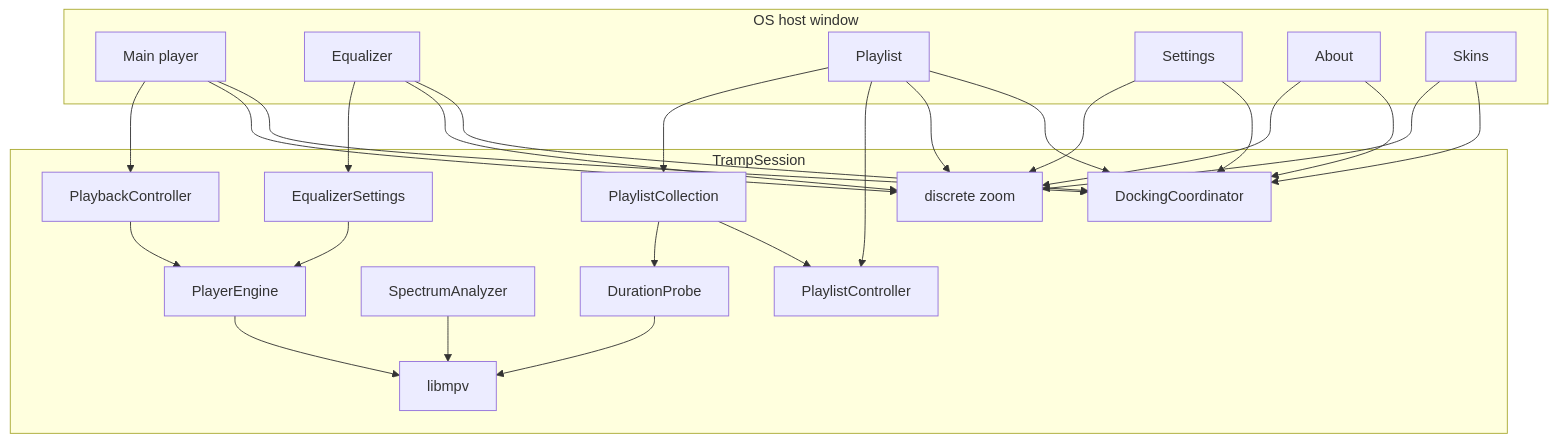
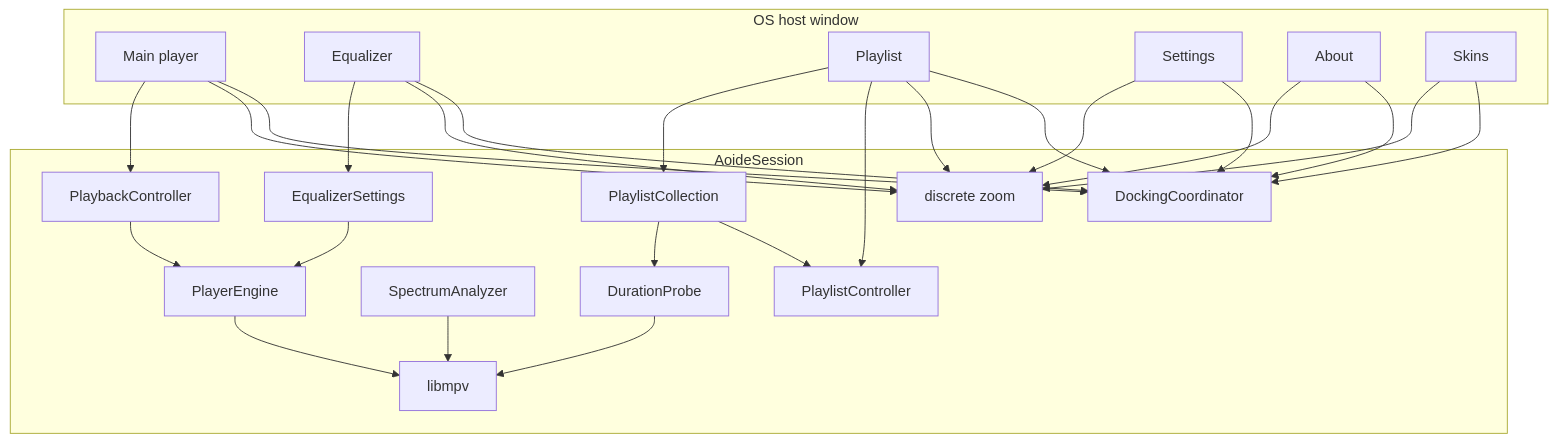
Before and after one commit to eliranbenishai/aoide: the second of 2 diagrams in docs/architecture.md, drawn with Mermaid. The commit also changed other lines of this file and 158 other files, not shown here.

First line of the commit message:
Rename the product from Tramp to Aoide across the tree.

````diff
--- a/docs/architecture.md
+++ b/docs/architecture.md
@@ -54,46 +54,46 @@
 ```mermaid
 flowchart TB
   subgraph host [OS host window]
     Main[Main player]
     Eq[Equalizer]
     Pl[Playlist]
     Set[Settings]
     About[About]
     Skins[Skins]
   end
-  subgraph session [TrampSession]
+  subgraph session [AoideSession]
     Dock[DockingCoordinator]
     Zoom[discrete zoom]
     Play[PlaybackController]
     List[PlaylistController]
     Coll[PlaylistCollection]
     EqCtl[EqualizerSettings]
     Spec[SpectrumAnalyzer]
     Dur[DurationProbe]
     Eng[PlayerEngine]
     Mpv[libmpv]
   end
   Main --> Dock
   Eq --> Dock
   Pl --> Dock
   Set --> Dock
   About --> Dock
   Skins --> Dock
   Main --> Zoom
   Eq --> Zoom
   Pl --> Zoom
   Set --> Zoom
   About --> Zoom
   Skins --> Zoom
   Main --> Play
   Pl --> List
   Pl --> Coll
   Coll --> List
   Eq --> EqCtl
   Play --> Eng
   EqCtl --> Eng
   Spec --> Mpv
   Coll --> Dur
   Dur --> Mpv
   Eng --> Mpv
 ```
````
